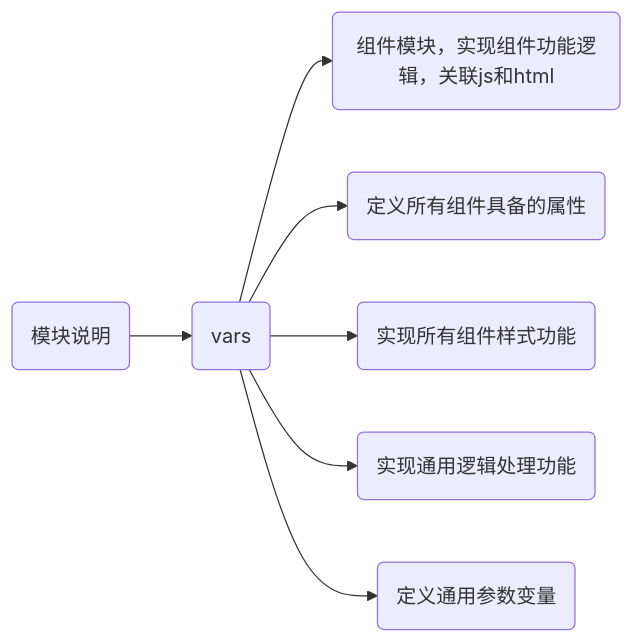
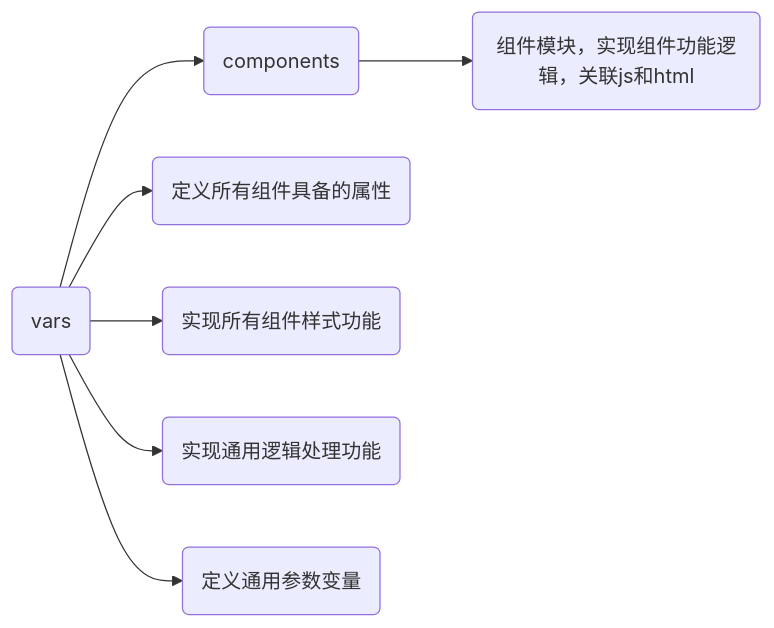
One commit to IsolatedTraveler/wdxx-ui changed the diagram in packages/README.md. Above: the diagram before and after it, drawn with Mermaid.

````diff
--- a/packages/README.md
+++ b/packages/README.md
@@ -1,8 +1,8 @@
 ```mermaid
 graph LR
 A("模块说明")-->AA("components")-->AAA("组件模块，实现组件功能逻辑，关联js和html")
-AA("props")-->AAB("定义所有组件具备的属性")
-AA("styles")-->AAC("实现所有组件样式功能")
-AA("utils")-->AAD("实现通用逻辑处理功能")
-AA("vars")-->AAE("定义通用参数变量")
+A("props")-->AB("定义所有组件具备的属性")
+A("styles")-->AC("实现所有组件样式功能")
+A("utils")-->AD("实现通用逻辑处理功能")
+A("vars")-->AE("定义通用参数变量")
 ```
````
